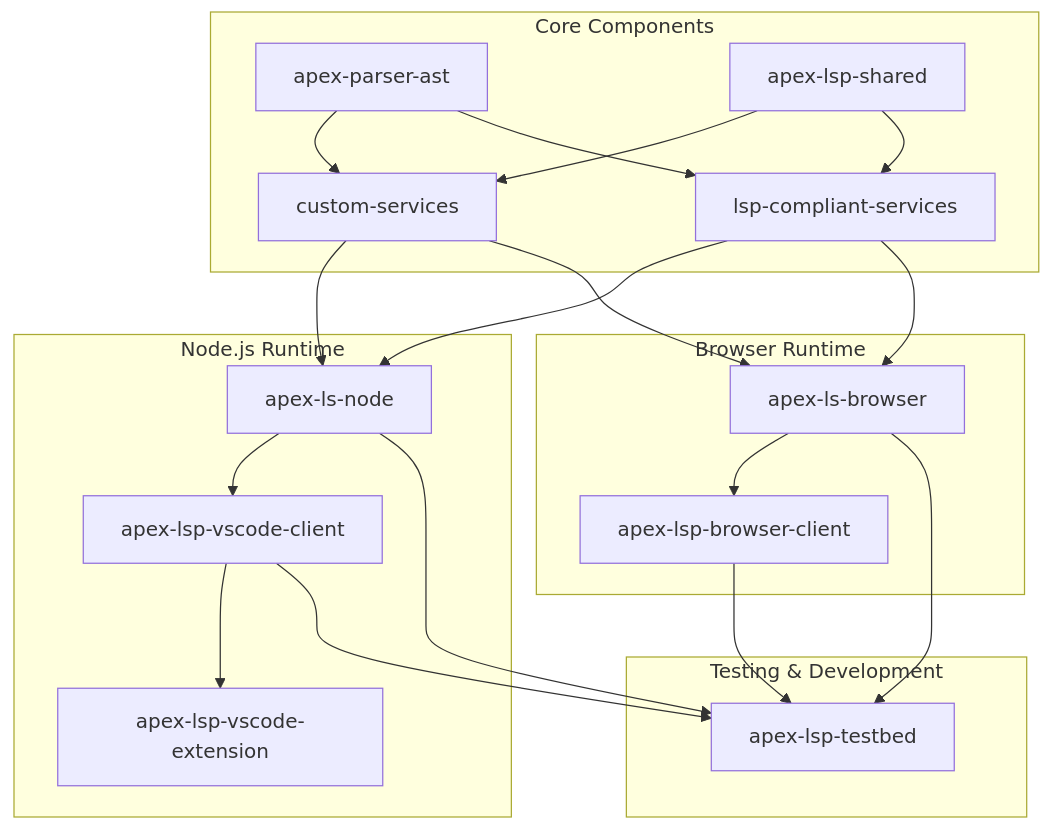
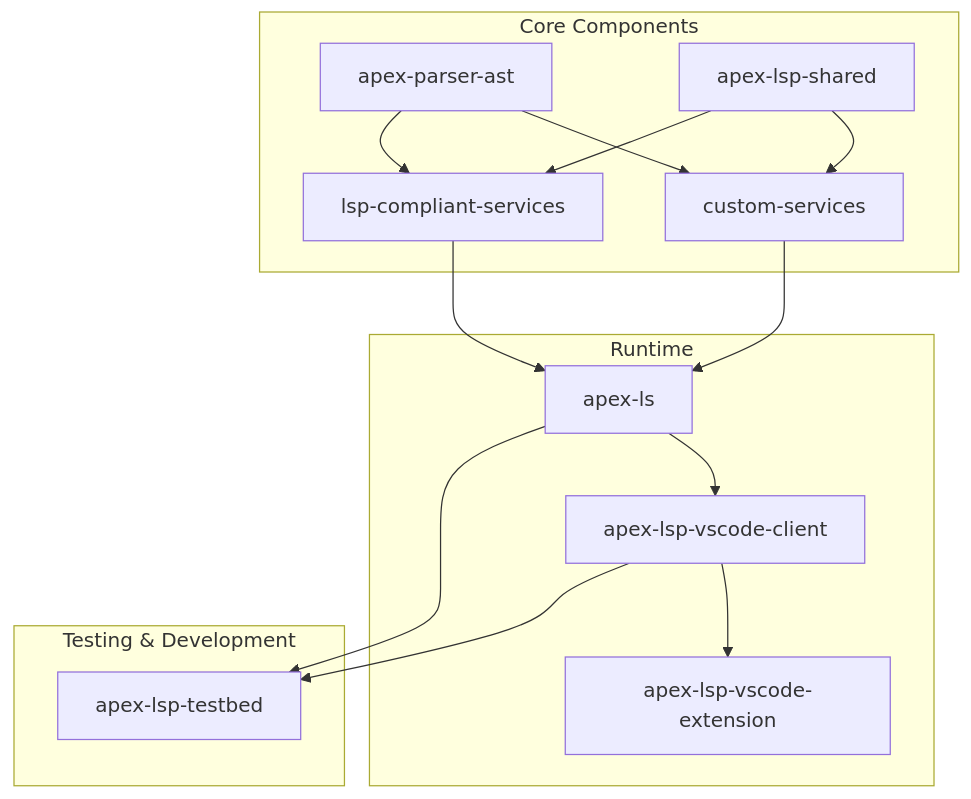
The diagram in README.md (forcedotcom/apex-language-support), drawn with Mermaid before and after one commit. The commit also changed other lines of this file and 121 other files, not shown here.

````diff
--- a/README.md
+++ b/README.md
@@ -11,47 +11,35 @@
 ```mermaid
 graph TD
     subgraph "Core Components"
         apex-parser-ast[apex-parser-ast]
         custom-services[custom-services]
         lsp-compliant-services[lsp-compliant-services]
         apex-lsp-shared[apex-lsp-shared]
     end
 
-    subgraph "Node.js Runtime"
-        apex-ls-node[apex-ls-node]
+    subgraph "Runtime"
+        apex-ls[apex-ls]
         apex-lsp-vscode-extension[apex-lsp-vscode-extension]
         apex-lsp-vscode-client[apex-lsp-vscode-client]
-    end
-
-    subgraph "Browser Runtime"
-        apex-ls-browser[apex-ls-browser]
-        apex-lsp-browser-client[apex-lsp-browser-client]
     end
 
     subgraph "Testing & Development"
         apex-lsp-testbed[apex-lsp-testbed]
     end
 
     %% Core dependencies
     apex-parser-ast --> custom-services
     apex-parser-ast --> lsp-compliant-services
     apex-lsp-shared --> custom-services
     apex-lsp-shared --> lsp-compliant-services
 
-    %% Node.js implementation
-    custom-services --> apex-ls-node
-    lsp-compliant-services --> apex-ls-node
-    apex-ls-node --> apex-lsp-vscode-client
+    %% Runtime implementation
+    custom-services --> apex-ls
+    lsp-compliant-services --> apex-ls
+    apex-ls --> apex-lsp-vscode-client
     apex-lsp-vscode-client --> apex-lsp-vscode-extension
 
-    %% Browser implementation
-    custom-services --> apex-ls-browser
-    lsp-compliant-services --> apex-ls-browser
-    apex-ls-browser --> apex-lsp-browser-client
-
     %% Testing dependencies
-    apex-ls-node --> apex-lsp-testbed
-    apex-ls-browser --> apex-lsp-testbed
+    apex-ls --> apex-lsp-testbed
     apex-lsp-vscode-client --> apex-lsp-testbed
-    apex-lsp-browser-client --> apex-lsp-testbed
 ```
````
